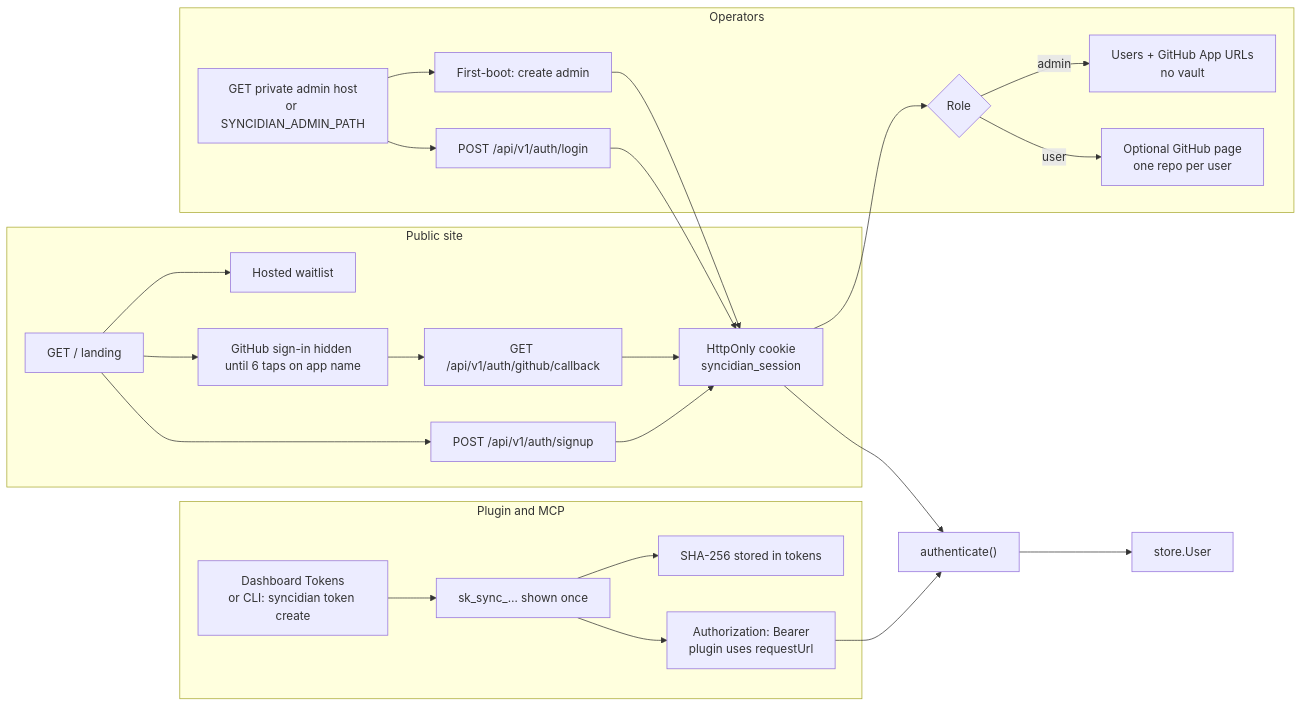
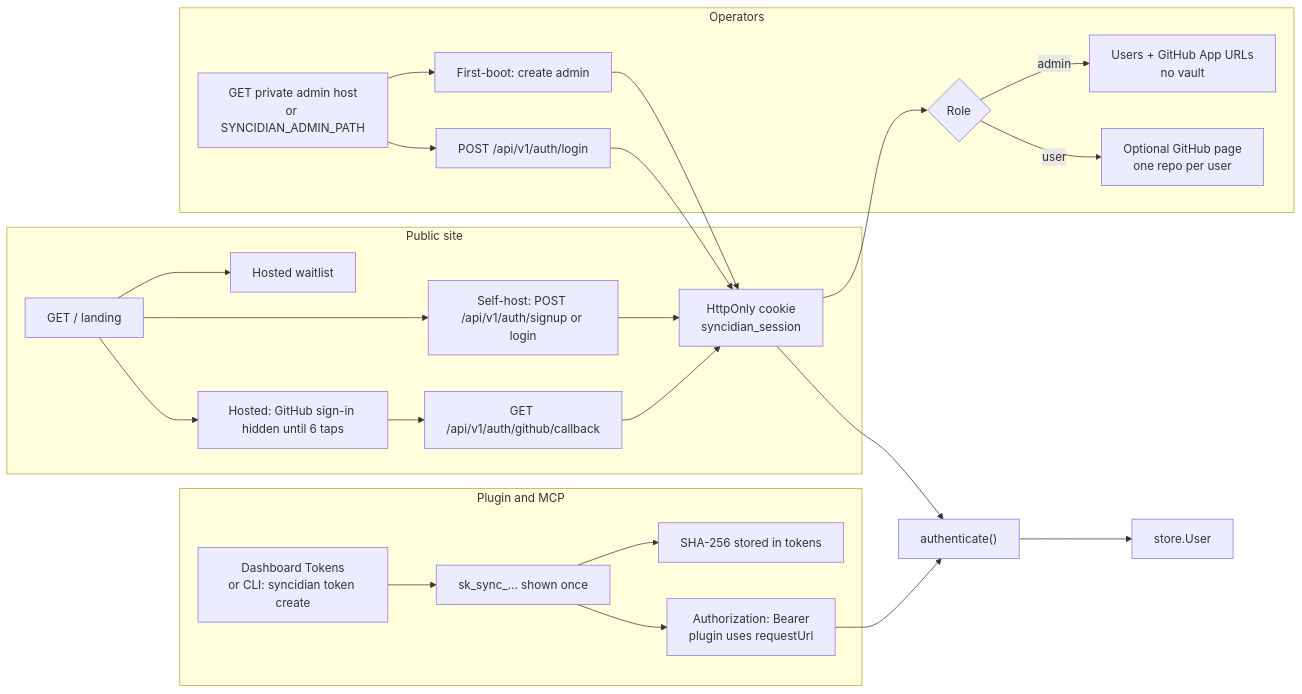
One commit to shangeethsivan/Syncidian changed the ninth of 13 diagrams in docs/architecture.md. Above: the diagram before and after it, drawn with Mermaid. The commit also changed other lines of this file and 14 other files, not shown here.

First line of the commit message:
Use GitHub on Syncidian.com and email on self-hosted hosts.

````diff
--- a/docs/architecture.md
+++ b/docs/architecture.md
@@ -321,31 +321,31 @@
 ```mermaid
 flowchart LR
   subgraph site [Public site]
     Land["GET / landing"] --> Wait["Hosted waitlist"]
-    Land --> GitHub["GitHub sign-in hidden until 6 taps on app name"]
-    Land --> Email["POST /api/v1/auth/signup"]
+    Land --> Email["Self-host: POST /api/v1/auth/signup or login"]
+    Land --> GitHub["Hosted: GitHub sign-in hidden until 6 taps"]
+    Email --> Cookie["HttpOnly cookie<br/>syncidian_session"]
     GitHub --> Callback["GET /api/v1/auth/github/callback"]
-    Callback --> Cookie["HttpOnly cookie<br/>syncidian_session"]
-    Email --> Cookie
+    Callback --> Cookie
   end
 
   subgraph admin [Operators]
     AdminUI["GET private admin host<br/>or SYNCIDIAN_ADMIN_PATH"] --> Setup["First-boot: create admin"]
     AdminUI --> Login["POST /api/v1/auth/login"]
     Setup --> Cookie
     Login --> Cookie
     Cookie --> Split{"Role"}
     Split -->|"admin"| UsersOnly["Users + GitHub App URLs<br/>no vault"]
     Split -->|"user"| VaultUI["Optional GitHub page<br/>one repo per user"]
   end
 
   subgraph pluginAuth [Plugin and MCP]
     Tokens["Dashboard Tokens<br/>or CLI: syncidian token create"] --> Raw["sk_sync_… shown once"]
     Raw --> Hash["SHA-256 stored in tokens"]
     Raw --> Header["Authorization: Bearer<br/>plugin uses requestUrl"]
   end
 
   Cookie --> Authed["authenticate()"]
   Header --> Authed
   Authed --> User["store.User"]
 ```
````
